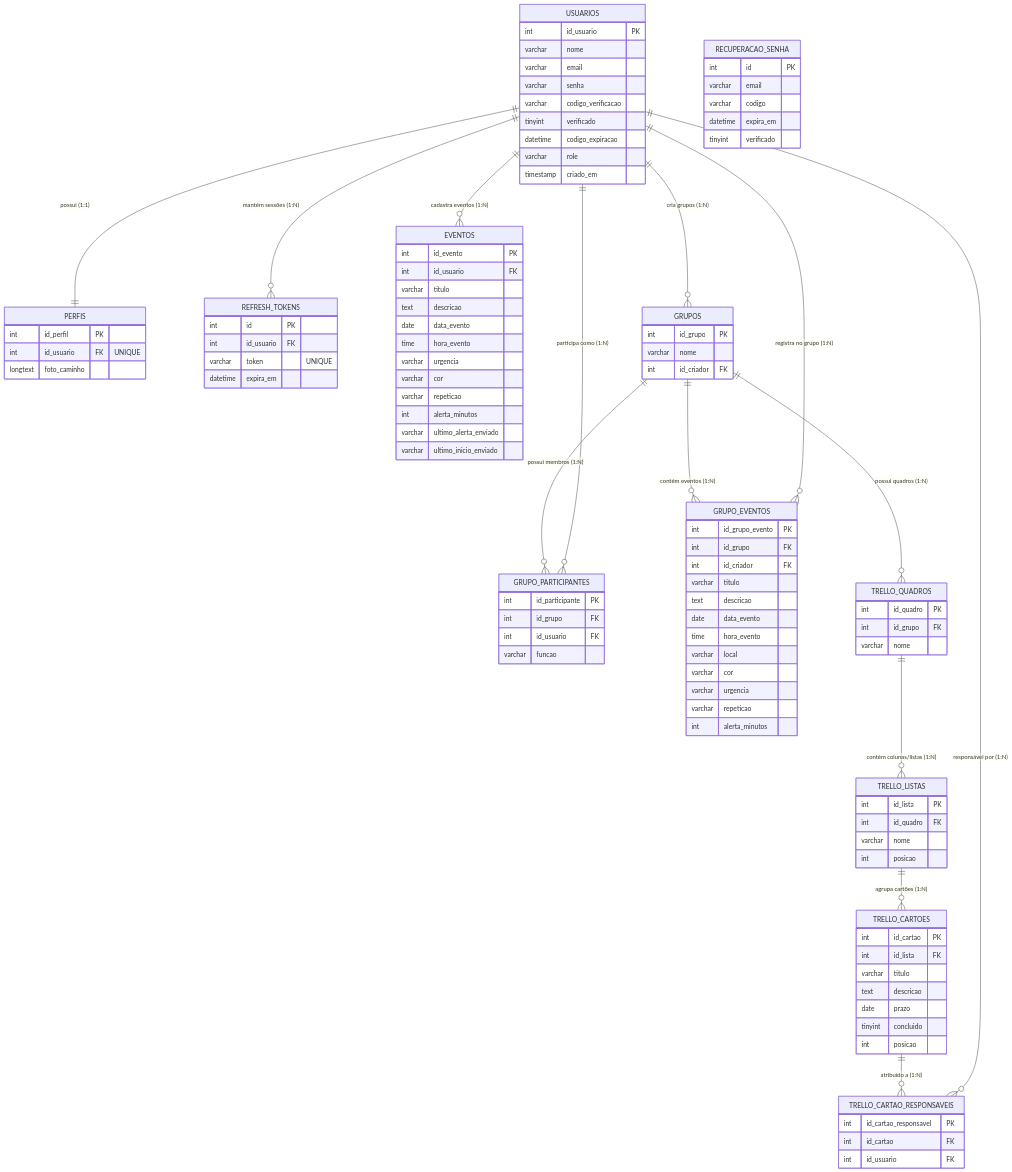
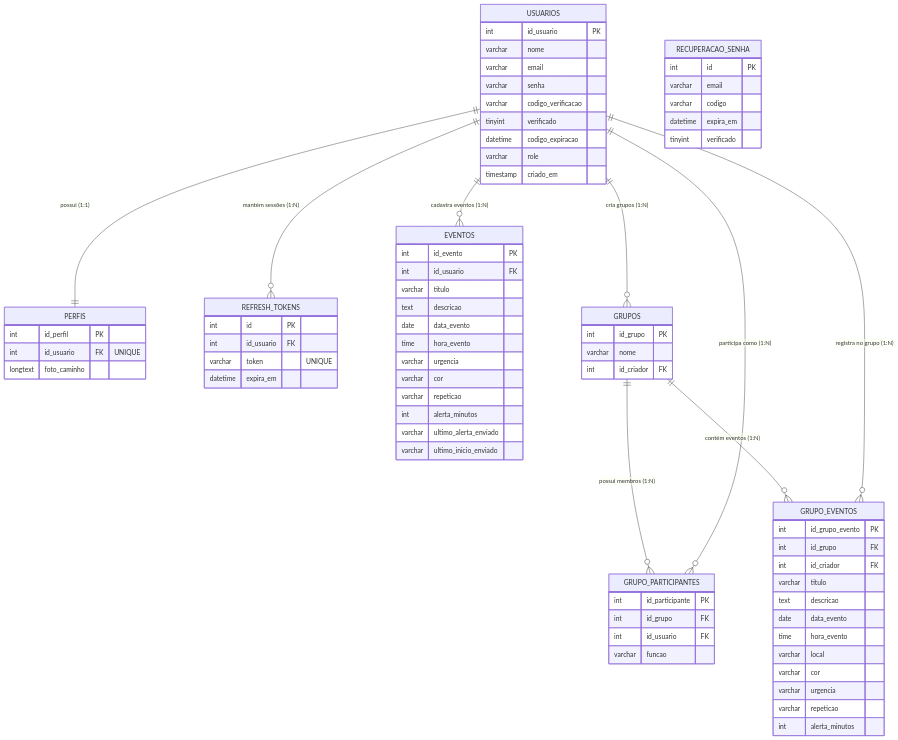
Before and after one commit to JEANPEDROSO1/Agenda-Web: the diagram in modelo_der.md, drawn with Mermaid. The commit also changed other lines of this file and 7 other files, not shown here.

````diff
--- a/modelo_der.md
+++ b/modelo_der.md
@@ -97,37 +97,7 @@
         int alerta_minutos
     }
 
-    %% ==========================================
-    %% MÓDULO TRELLO (KANBAN)
-    %% ==========================================
-    TRELLO_QUADROS {
-        int id_quadro PK
-        int id_grupo FK
-        varchar nome
-    }
 
-    TRELLO_LISTAS {
-        int id_lista PK
-        int id_quadro FK
-        varchar nome
-        int posicao
-    }
-
-    TRELLO_CARTOES {
-        int id_cartao PK
-        int id_lista FK
-        varchar titulo
-        text descricao
-        date prazo
-        tinyint concluido
-        int posicao
-    }
-
-    TRELLO_CARTAO_RESPONSAVEIS {
-        int id_cartao_responsavel PK
-        int id_cartao FK
-        int id_usuario FK
-    }
 
     %% ==========================================
     %% RELACIONAMENTOS (CARDINALIDADE)
@@ -148,12 +118,5 @@
     GRUPOS ||--o{ GRUPO_EVENTOS : "contém eventos (1:N)"
     USUARIOS ||--o{ GRUPO_EVENTOS : "registra no grupo (1:N)"
 
-    %% Módulo Kanban (Trello)
-    GRUPOS ||--o{ TRELLO_QUADROS : "possui quadros (1:N)"
-    TRELLO_QUADROS ||--o{ TRELLO_LISTAS : "contém colunas/listas (1:N)"
-    TRELLO_LISTAS ||--o{ TRELLO_CARTOES : "agrupa cartões (1:N)"
-    
-    TRELLO_CARTOES ||--o{ TRELLO_CARTAO_RESPONSAVEIS : "atribuído a (1:N)"
-    USUARIOS ||--o{ TRELLO_CARTAO_RESPONSAVEIS : "responsável por (1:N)"
 
 ```
````
